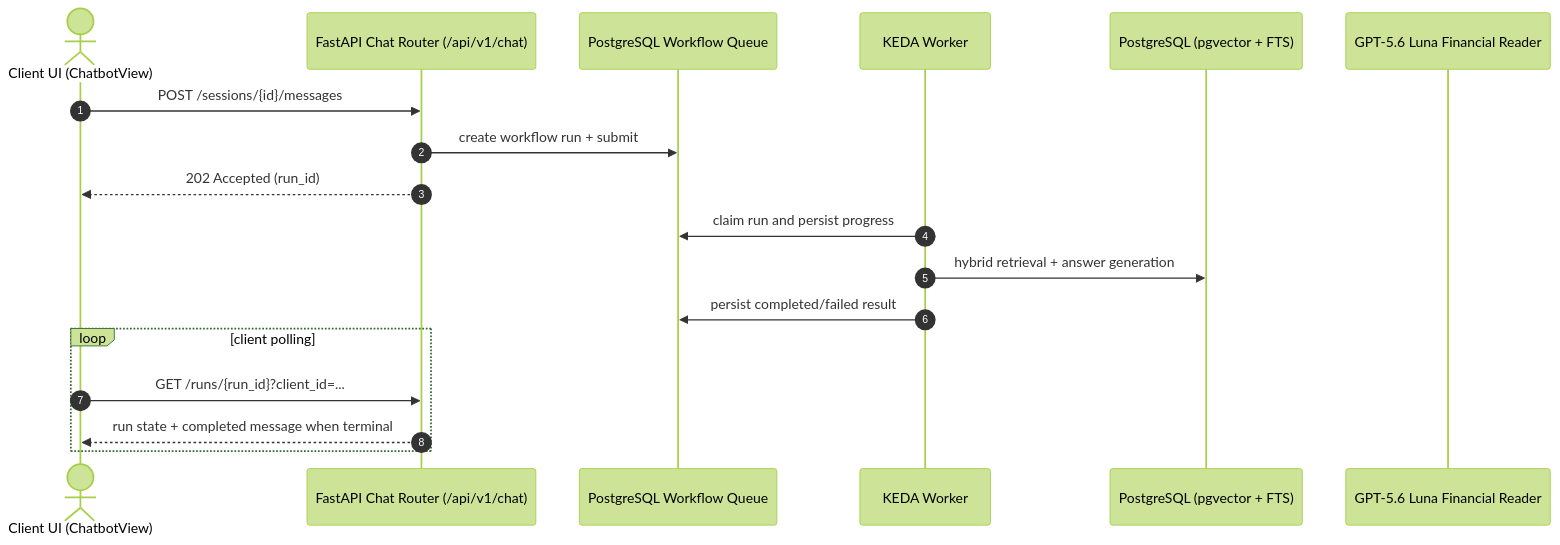
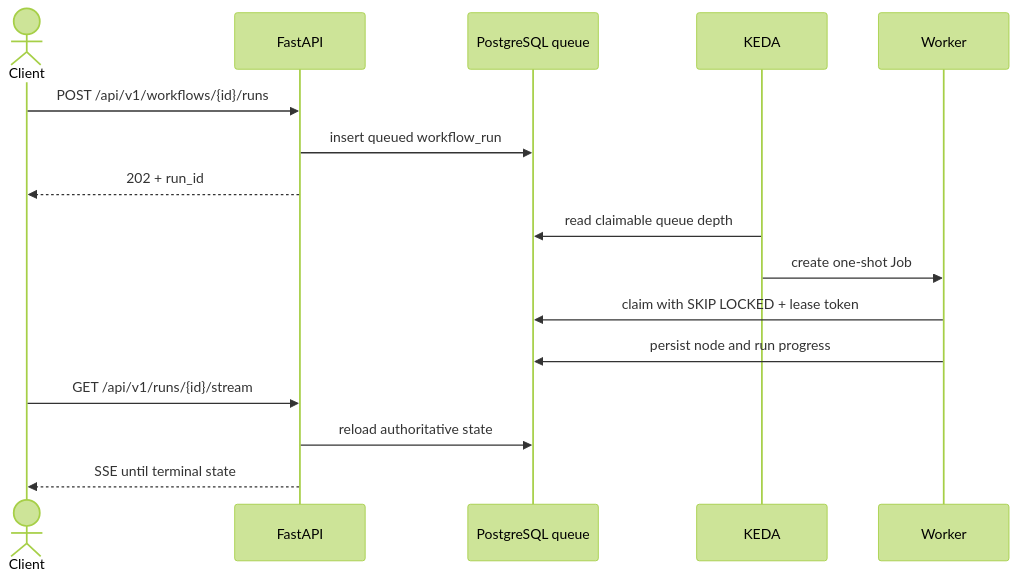
Before and after one commit to bist-mini-final/bist-mini-final: the first of 2 diagrams in docs/final_report/03_system_architecture_and_design/SEC-303_sequence_diagrams.md, drawn with Mermaid (forest theme). The commit also changed other lines of this file and 205 other files, not shown here.

Commit message:
feat: initialize full-stack workspace architecture with BI analytics, company comparison, and job orchestration modules

````diff
--- a/docs/final_report/03_system_architecture_and_design/SEC-303_sequence_diagrams.md
+++ b/docs/final_report/03_system_architecture_and_design/SEC-303_sequence_diagrams.md
@@ -11,21 +9,19 @@
 ```mermaid
 sequenceDiagram
-    autonumber
-    actor User as Client UI (ChatbotView)
-    participant API as FastAPI Chat Router (/api/v1/chat)
-    participant Queue as PostgreSQL Workflow Queue
-    participant Worker as KEDA Worker
-    participant PG as PostgreSQL (pgvector + FTS)
-    participant LLM as GPT-5.6 Luna Financial Reader
+    actor Client
+    participant API as FastAPI
+    participant PG as PostgreSQL queue
+    participant KEDA
+    participant Worker
 
-    User->>API: POST /sessions/{id}/messages
-    API->>Queue: create workflow run + submit
-    API-->>User: 202 Accepted (run_id)
-    Worker->>Queue: claim run and persist progress
-    Worker->>PG: hybrid retrieval + answer generation
-    Worker->>Queue: persist completed/failed result
-    loop client polling
-        User->>API: GET /runs/{run_id}?client_id=...
-        API-->>User: run state + completed message when terminal
-    end
+    Client->>API: POST /api/v1/workflows/{id}/runs
+    API->>PG: insert queued workflow_run
+    API-->>Client: 202 + run_id
+    KEDA->>PG: read claimable queue depth
+    KEDA->>Worker: create one-shot Job
+    Worker->>PG: claim with SKIP LOCKED + lease token
+    Worker->>PG: persist node and run progress
+    Client->>API: GET /api/v1/runs/{id}/stream
+    API->>PG: reload authoritative state
+    API-->>Client: SSE until terminal state
 ```
````
